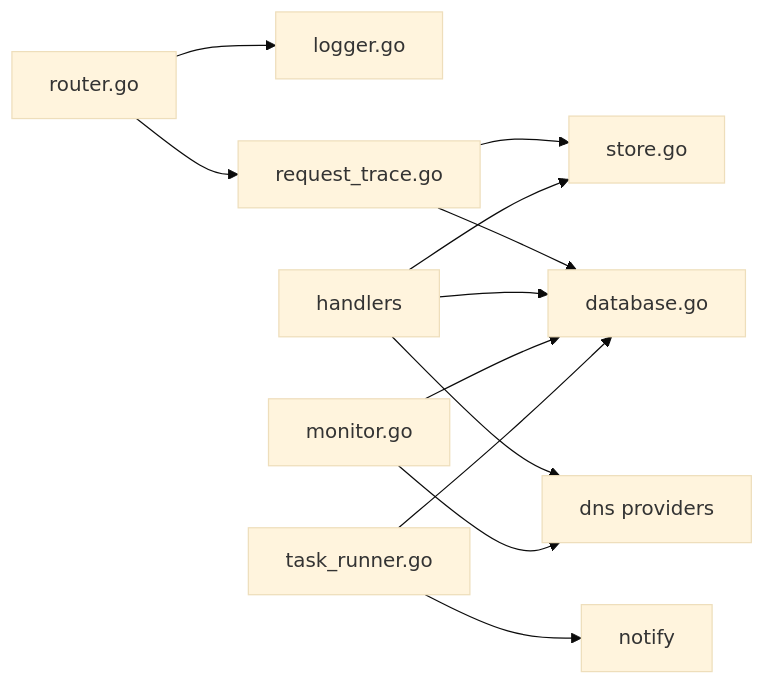
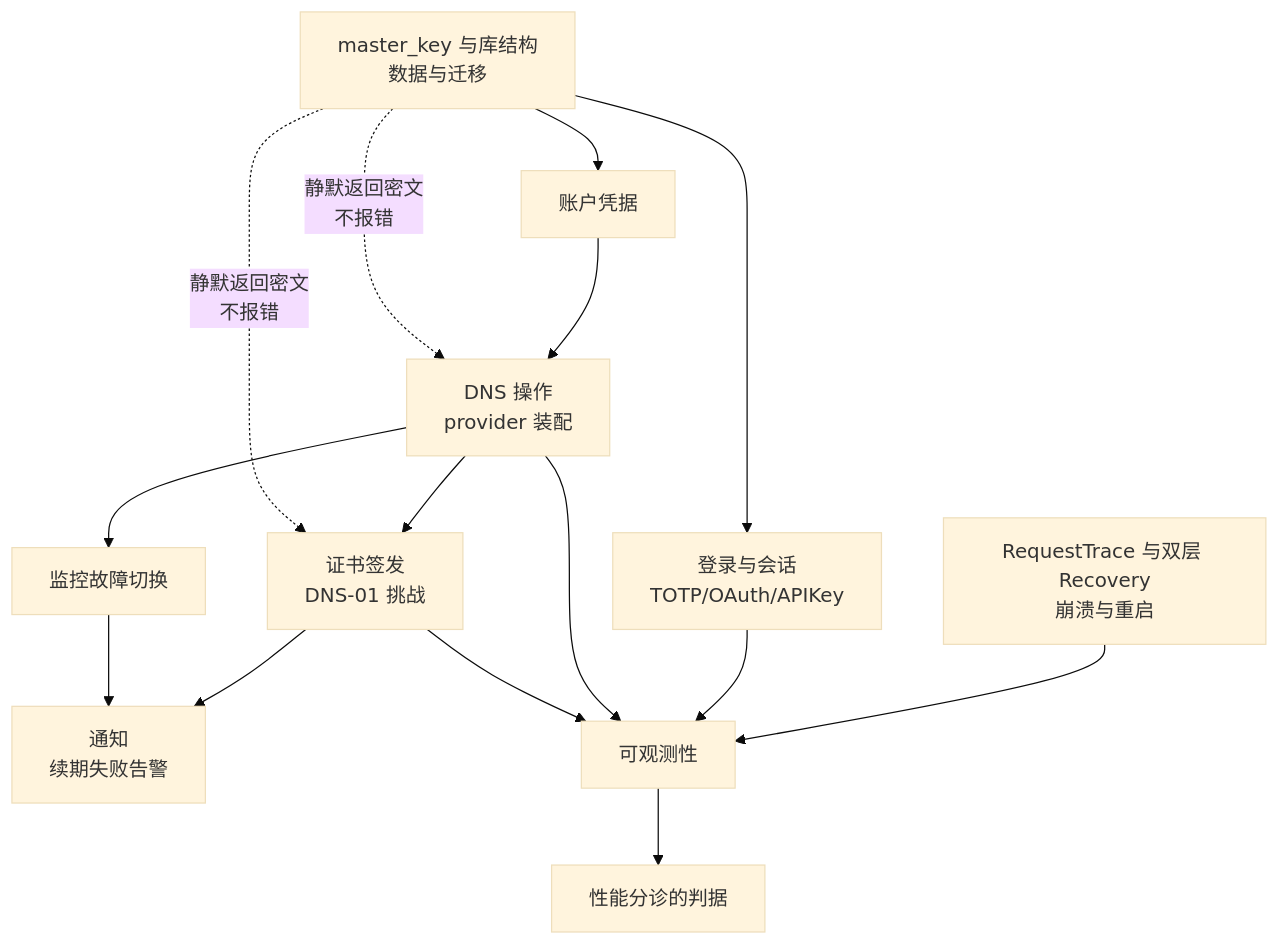
The fourth of 5 diagrams in docs/故障排除/故障排除.md (x01n/dnsplane), drawn with Mermaid (base theme) before and after one commit. The commit also changed other lines of this file and 326 other files, not shown here.

````diff
--- a/docs/故障排除/故障排除.md
+++ b/docs/故障排除/故障排除.md
@@ -340,14 +561,17 @@
 ```mermaid
-graph LR
-Router["router.go"] --> MW1["logger.go"]
-Router --> MW2["request_trace.go"]
-MW2 --> Store["store.go"]
-MW2 --> DB["database.go"]
-Handler["handlers"] --> DB
-Handler --> Store
-Handler --> DNS["dns providers"]
-Monitor["monitor.go"] --> DB
-Monitor --> DNS
-Task["task_runner.go"] --> DB
-Task --> Notify["notify"]
+flowchart TD
+  KM["master_key 与库结构<br/>数据与迁移"] --> AUTH["登录与会话<br/>TOTP/OAuth/APIKey"]
+  KM --> ACC["账户凭据"]
+  ACC --> DNS["DNS 操作<br/>provider 装配"]
+  DNS --> CERT["证书签发<br/>DNS-01 挑战"]
+  DNS --> MON["监控故障切换"]
+  CERT --> NOTIFY["通知<br/>续期失败告警"]
+  MON --> NOTIFY
+  RT["RequestTrace 与双层 Recovery<br/>崩溃与重启"] --> OBS["可观测性"]
+  AUTH --> OBS
+  DNS --> OBS
+  CERT --> OBS
+  OBS --> PERF["性能分诊的判据"]
+  KM -.->|"静默返回密文<br/>不报错"| CERT
+  KM -.->|"静默返回密文<br/>不报错"| DNS
 ```
````
